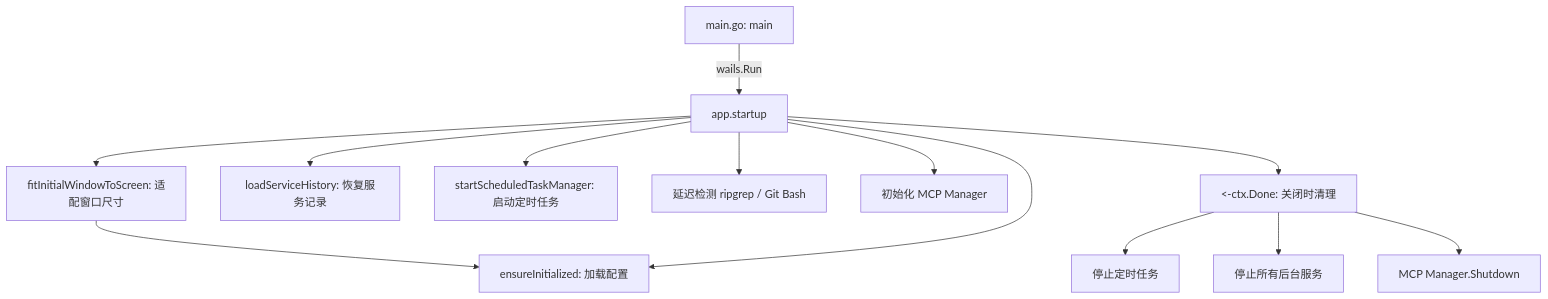
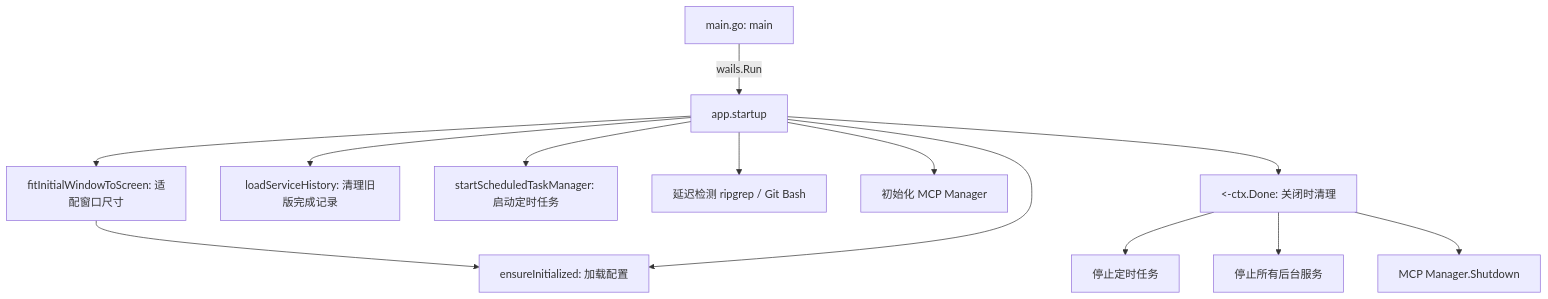
The first of 4 diagrams in CODEGRAPH.md (Bronya0/ally-agent), drawn with Mermaid before and after one commit. The commit also changed other lines of this file and 2 other files, not shown here.

````diff
--- a/CODEGRAPH.md
+++ b/CODEGRAPH.md
@@ -62,15 +62,15 @@
 ```mermaid
 flowchart TD
     main[main.go: main] -->|wails.Run| startup[app.startup]
     startup --> fitWin[fitInitialWindowToScreen: 适配窗口尺寸]
     fitWin --> initCfg[ensureInitialized: 加载配置]
     startup --> initCfg
-    startup --> loadServices[loadServiceHistory: 恢复服务记录]
+    startup --> cleanupServices[loadServiceHistory: 清理旧版完成记录]
     startup --> startSched[startScheduledTaskManager: 启动定时任务]
     startup --> checkDep[延迟检测 ripgrep / Git Bash]
     startup --> mcpInit[初始化 MCP Manager]
     startup --> ctxDone[<-ctx.Done: 关闭时清理]
     ctxDone --> stopSched[停止定时任务]
     ctxDone --> stopServices[停止所有后台服务]
     ctxDone --> mcpShutdown[MCP Manager.Shutdown]
 ```
````
